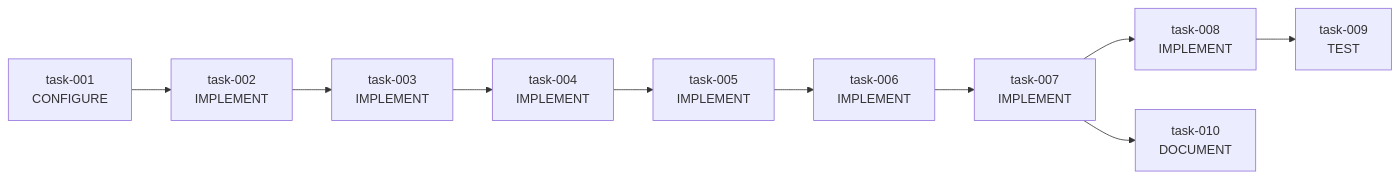
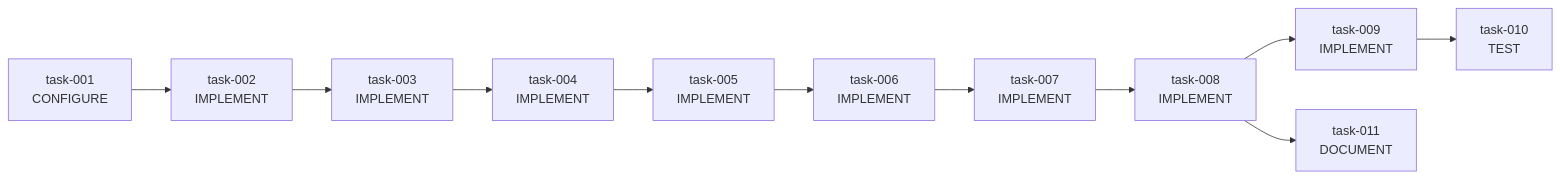
One commit to AndreVianna/aid-methodology changed the first of 5 diagrams in .aid/works/work-001-agent-chat/PLAN.md. Above: the diagram before and after it, drawn with Mermaid. The commit also changed other lines of this file and 49 other files, not shown here.

````diff
--- a/.aid/works/work-001-agent-chat/PLAN.md
+++ b/.aid/works/work-001-agent-chat/PLAN.md
@@ -106,22 +106,24 @@
 ```mermaid
 graph LR
   task_001["task-001<br/>CONFIGURE"]
   task_002["task-002<br/>IMPLEMENT"]
   task_003["task-003<br/>IMPLEMENT"]
   task_004["task-004<br/>IMPLEMENT"]
   task_005["task-005<br/>IMPLEMENT"]
   task_006["task-006<br/>IMPLEMENT"]
   task_007["task-007<br/>IMPLEMENT"]
   task_008["task-008<br/>IMPLEMENT"]
-  task_009["task-009<br/>TEST"]
-  task_010["task-010<br/>DOCUMENT"]
+  task_009["task-009<br/>IMPLEMENT"]
+  task_010["task-010<br/>TEST"]
+  task_011["task-011<br/>DOCUMENT"]
   task_001 --> task_002
   task_002 --> task_003
   task_003 --> task_004
   task_004 --> task_005
   task_005 --> task_006
   task_006 --> task_007
   task_007 --> task_008
   task_008 --> task_009
-  task_007 --> task_010
+  task_009 --> task_010
+  task_008 --> task_011
 ```
````
